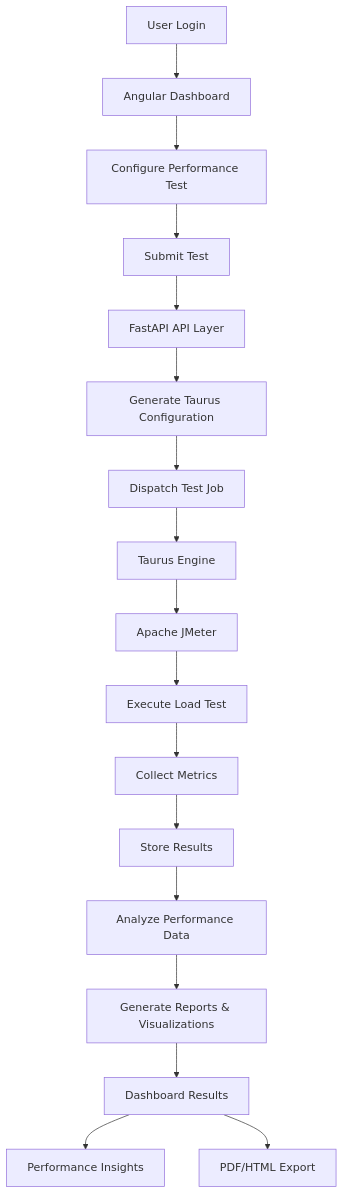
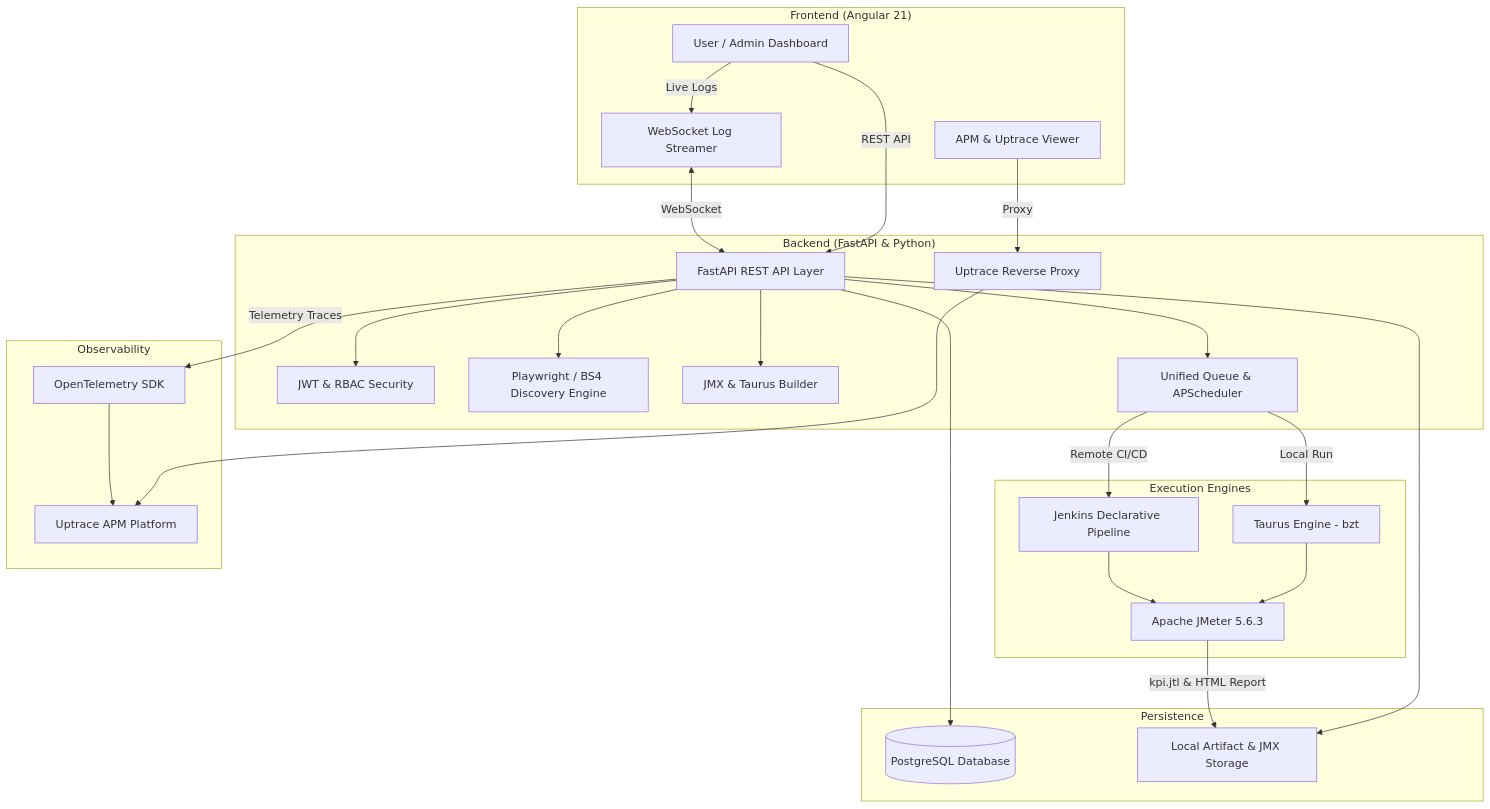
One commit to Himanshux19/PerfAnalyzer changed the diagram in README.md. Above: the diagram before and after it, drawn with Mermaid. The commit also changed other lines of this file, not shown here.

````diff
--- a/README.md
+++ b/README.md
@@ -34,19 +71,51 @@
 ```mermaid
 flowchart TD
-A[User Login] --> B[Angular Dashboard]
-B --> C[Configure Performance Test]
-C --> D[Submit Test]
-D --> E[FastAPI API Layer]
-E --> F[Generate Taurus Configuration]
-F --> G[Dispatch Test Job]
-G --> H[Taurus Engine]
-H --> I[Apache JMeter]
-I --> J[Execute Load Test]
-J --> K[Collect Metrics]
-K --> L[Store Results]
-L --> M[Analyze Performance Data]
-M --> N[Generate Reports & Visualizations]
-N --> O[Dashboard Results]
-O --> P[Performance Insights]
-O --> Q[PDF/HTML Export]
+    subgraph Client["Frontend (Angular 21)"]
+        UI[User / Admin Dashboard]
+        WS_Client[WebSocket Log Streamer]
+        Mon_UI[APM & Uptrace Viewer]
+    end
+
+    subgraph Backend["Backend (FastAPI & Python)"]
+        API[FastAPI REST API Layer]
+        Auth[JWT & RBAC Security]
+        Crawler[Playwright / BS4 Discovery Engine]
+        Builder[JMX & Taurus Builder]
+        Queue[Unified Queue & APScheduler]
+        Proxy[Uptrace Reverse Proxy]
+    end
+
+    subgraph Database["Persistence"]
+        Postgres[(PostgreSQL Database)]
+        Storage[Local Artifact & JMX Storage]
+    end
+
+    subgraph Execution["Execution Engines"]
+        Taurus[Taurus Engine - bzt]
+        JMeter[Apache JMeter 5.6.3]
+        Jenkins[Jenkins Declarative Pipeline]
+    end
+
+    subgraph APM["Observability"]
+        OTel[OpenTelemetry SDK]
+        Uptrace[Uptrace APM Platform]
+    end
+
+    UI -->|REST API| API
+    UI -->|Live Logs| WS_Client
+    WS_Client <-->|WebSocket| API
+    Mon_UI -->|Proxy| Proxy --> Uptrace
+
+    API --> Auth
+    API --> Crawler
+    API --> Builder
+    API --> Queue
+    API --> Postgres
+    API --> Storage
+
+    Queue -->|Local Run| Taurus --> JMeter
+    Queue -->|Remote CI/CD| Jenkins --> JMeter
+    
+    JMeter -->|kpi.jtl & HTML Report| Storage
+    API -->|Telemetry Traces| OTel --> Uptrace
 ```
````
